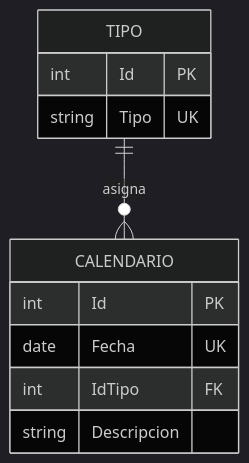
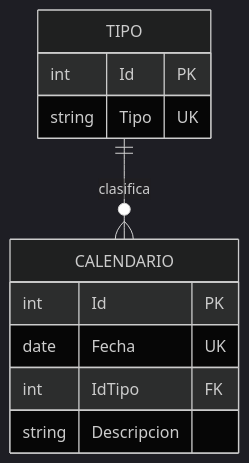
Before and after one commit to julianaArenas1/Taller2-ArquitecturaSoftware2: the diagram in diagrama--relacional-dbCalendarioLaboral.md, drawn with Mermaid (dark theme).

Commit message:
docs: update relationship label in the relational diagram for calendario laboral

````diff
--- a/diagrama--relacional-dbCalendarioLaboral.md
+++ b/diagrama--relacional-dbCalendarioLaboral.md
@@ -1,16 +1,16 @@
 ```mermaid
 erDiagram
       TIPO  {
         int Id PK
         string Tipo UK
     }
 
     CALENDARIO  {
         int Id PK
         date Fecha UK
         int IdTipo FK
         string Descripcion
     }
 
-    TIPO ||--o{ CALENDARIO : asigna
+    TIPO ||--o{ CALENDARIO : clasifica
 ```
````
